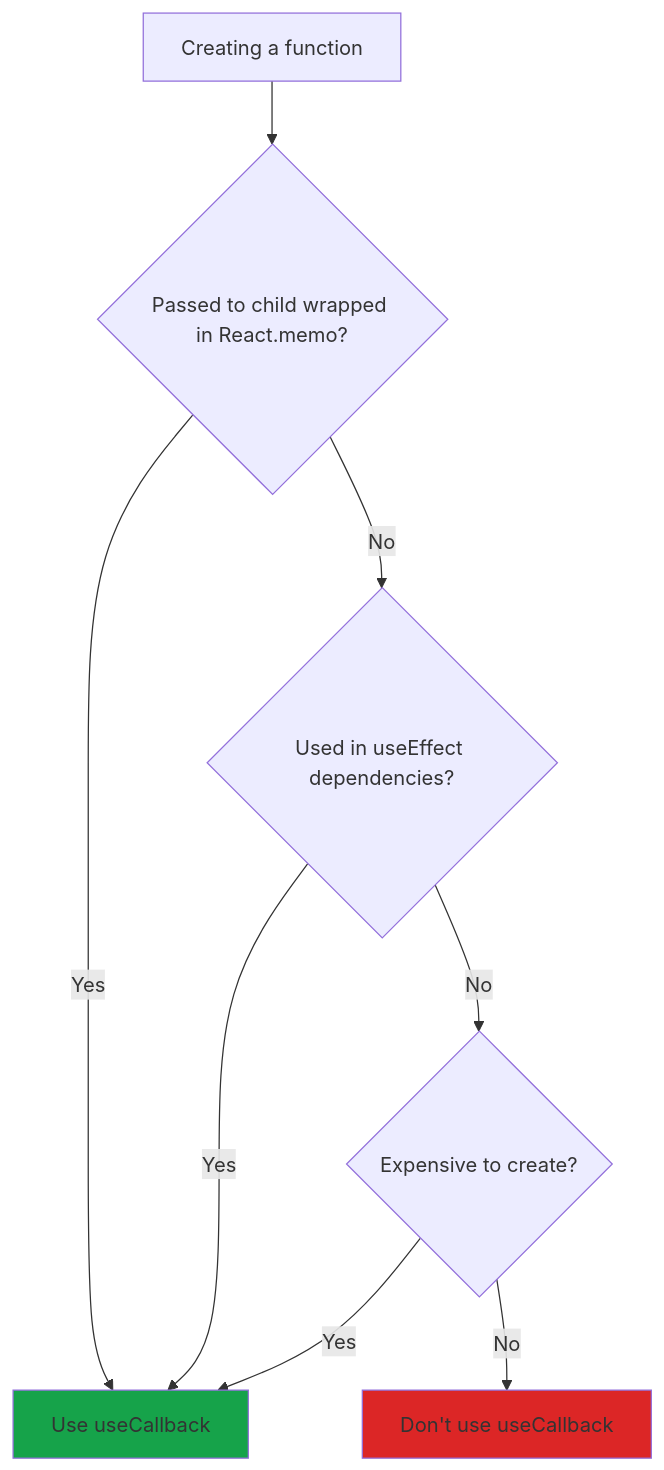
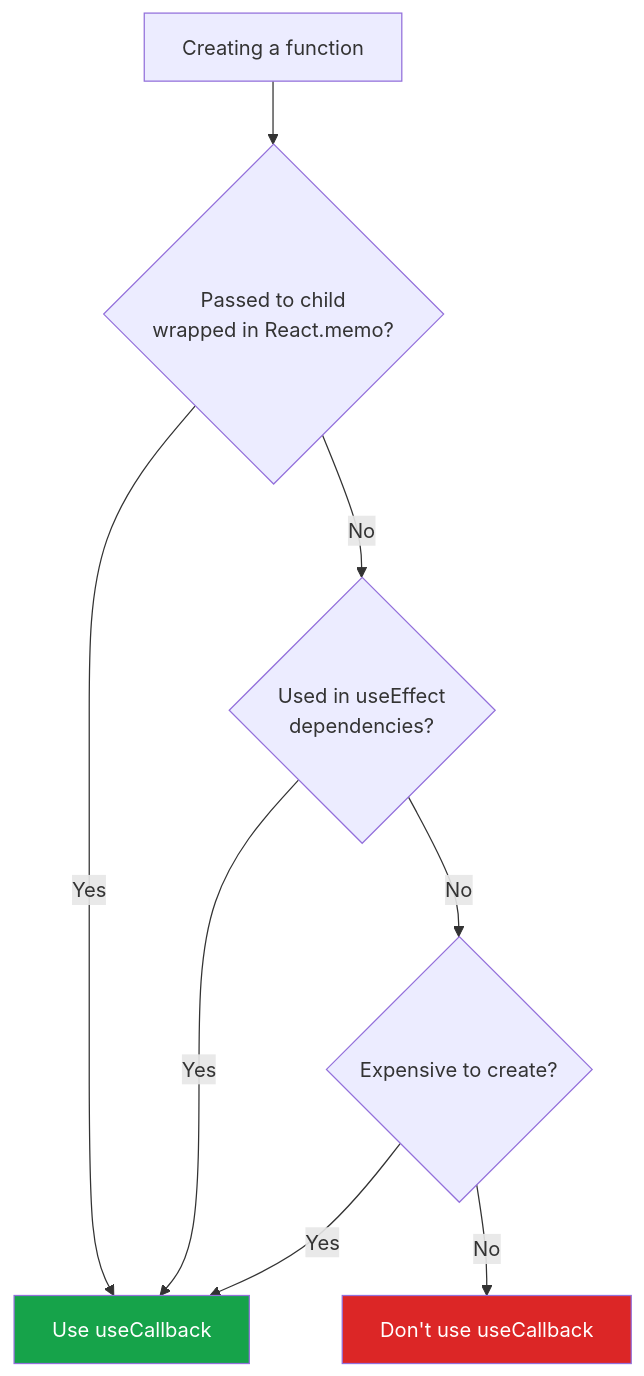
One commit to upasanaprabhakar/web-dev-handbook changed the second of 2 diagrams in react/useCallback/README.md. Above: the diagram before and after it, drawn with Mermaid.

Commit message:
use callback topic with examples

````diff
--- a/react/useCallback/README.md
+++ b/react/useCallback/README.md
@@ -110,13 +110,13 @@
 ```mermaid
-graph TD
-    A[Creating a function] --> B{Passed to child wrapped in React.memo?}
+flowchart TD
+    A[Creating a function] --> B{Passed to child<br/>wrapped in React.memo?}
     B -->|Yes| C[Use useCallback]
-    B -->|No| D{Used in useEffect dependencies?}
+    B -->|No| D{Used in useEffect<br/>dependencies?}
     D -->|Yes| C
     D -->|No| E{Expensive to create?}
     E -->|Yes| C
     E -->|No| F[Don't use useCallback]
     
-    style C fill:#16A34A
-    style F fill:#DC2626
+    style C fill:#16A34A,color:#fff
+    style F fill:#DC2626,color:#fff
 ```
````
